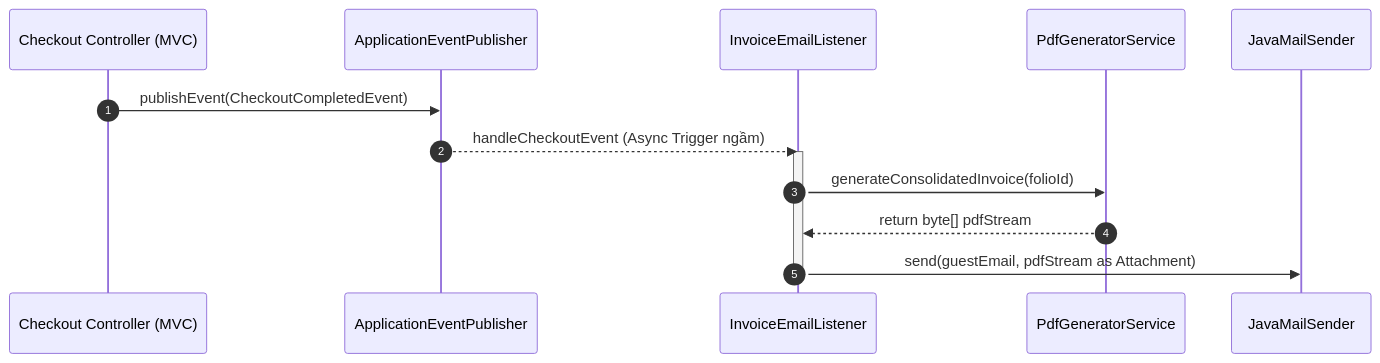
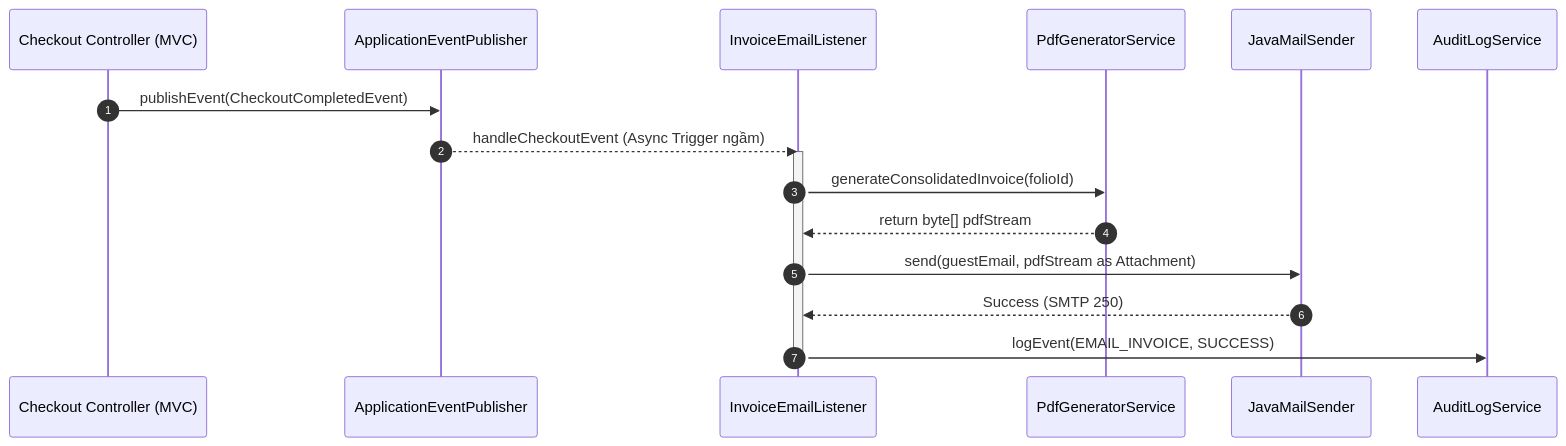
Before and after one commit to danhdac36/xoai-aura-retreat: the second of 3 diagrams in 04_Implement/Module5/UC27/UC27_EDS_Invoice_Email.md, drawn with Mermaid. The commit also changed other lines of this file and 15 other files, not shown here.

Commit message:
Add feature sent invoice by Email

````diff
--- a/04_Implement/Module5/UC27/UC27_EDS_Invoice_Email.md
+++ b/04_Implement/Module5/UC27/UC27_EDS_Invoice_Email.md
@@ -179,17 +204,20 @@
 ```mermaid
 sequenceDiagram
     autonumber
     participant Controller as Checkout Controller (MVC)
     participant EventBus as ApplicationEventPublisher
     participant Listener as InvoiceEmailListener
     participant PdfGen as PdfGeneratorService
     participant Mail as JavaMailSender
+    participant Audit as AuditLogService
 
     Controller->>EventBus: publishEvent(CheckoutCompletedEvent)
     EventBus-->>Listener: handleCheckoutEvent (Async Trigger ngầm)
     activate Listener
     Listener->>PdfGen: generateConsolidatedInvoice(folioId)
     PdfGen-->>Listener: return byte[] pdfStream
     Listener->>Mail: send(guestEmail, pdfStream as Attachment)
+    Mail-->>Listener: Success (SMTP 250)
+    Listener->>Audit: logEvent(EMAIL_INVOICE, SUCCESS)
     deactivate Listener
 ```
````
